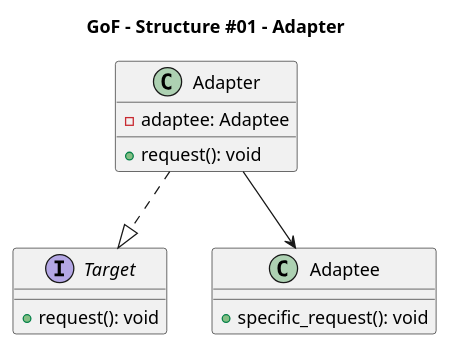
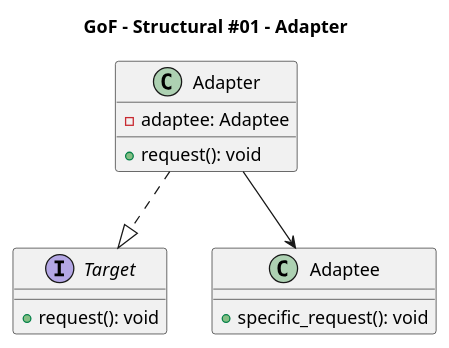
Before and after one commit to Takayoshi-Matsuyama/design_patterns: the diagram in GoF/GoF_st01_adapter.puml, drawn with PlantUML. The commit also changed 36 other files, not shown here.

Commit message:
GoF - Class Diagrams

```diff
--- a/GoF/GoF_st01_adapter.puml
+++ b/GoF/GoF_st01_adapter.puml
@@ -1,38 +1,38 @@
 @startuml gof_adapter
 
 'Copyright 2026 Takayoshi Matsuyama
 '
 'Licensed under the Apache License, Version 2.0 (the "License");
 'you may not use this file except in compliance with the License.
 'You may obtain a copy of the License at
 '
 '    http://www.apache.org/licenses/LICENSE-2.0
 '
 'Unless required by applicable law or agreed to in writing, software
 'distributed under the License is distributed on an "AS IS" BASIS,
 'WITHOUT WARRANTIES OR CONDITIONS OF ANY KIND, either express or implied.
 'See the License for the specific language governing permissions and
 'limitations under the License.
 
-title GoF - Structure #01 - Adapter
+title GoF - Structural #01 - Adapter
 
 interface Target {
     +request(): void
 }
 
 class Adaptee {
     +specific_request(): void
 }
 
 class Adapter {
     -adaptee: Adaptee
     +request(): void
 }
 
-' 実装 - クラスによるインターフェースの実現
+' Implementation
 Adapter ..|> Target
 
-' 依存 - オブジェクトが別のオブジェクトを使う
+' Dependency
 Adapter --> Adaptee
 
 @enduml
```
